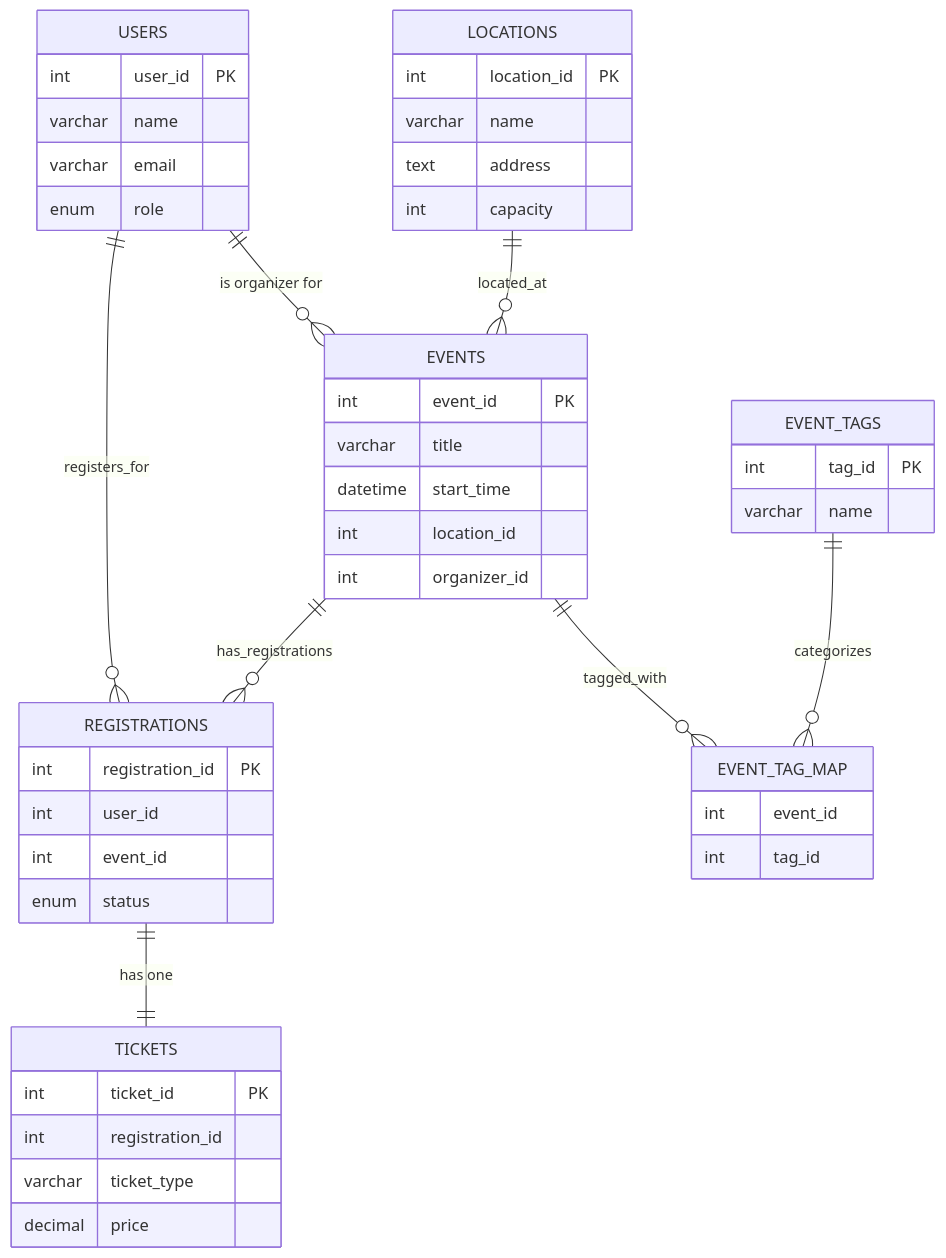
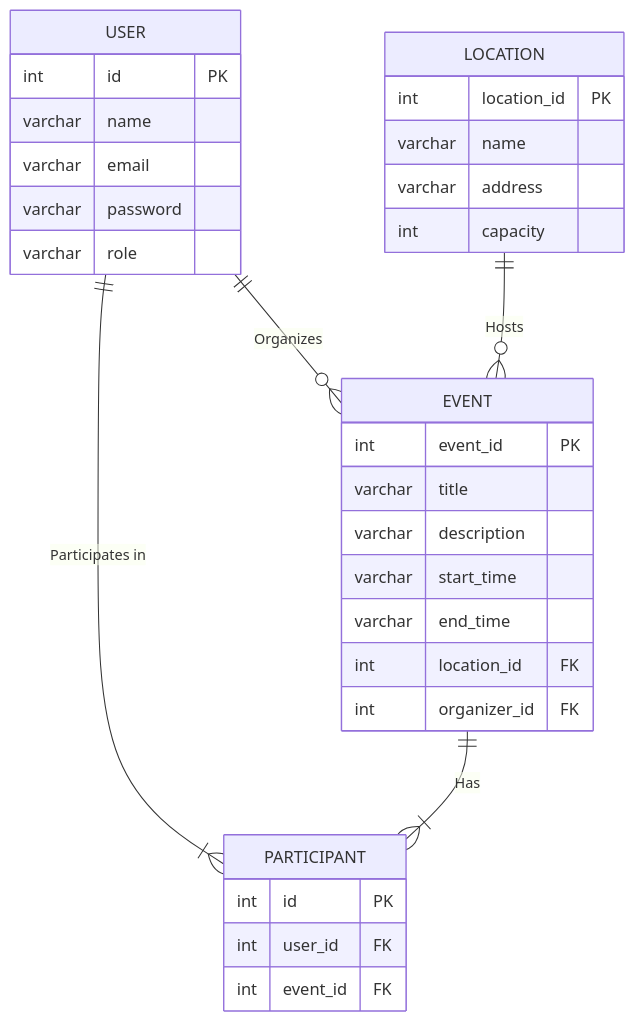
The diagram in README.md (Acinnamon9/Event-Management), drawn with Mermaid before and after one commit. The commit also changed other lines of this file, not shown here.

````diff
--- a/README.md
+++ b/README.md
@@ -35,56 +46,39 @@
 ```mermaid
 erDiagram
-    USERS {
-        int user_id PK
+    USER {
+        int id PK
         varchar name
         varchar email
-        enum role
+        varchar password
+        varchar role
     }
 
-    EVENTS {
+    EVENT {
         int event_id PK
         varchar title
-        datetime start_time
-        int location_id
-        int organizer_id
+        varchar description
+        varchar start_time
+        varchar end_time
+        int location_id FK
+        int organizer_id FK
     }
 
-    LOCATIONS {
+    LOCATION {
         int location_id PK
         varchar name
-        text address
+        varchar address
         int capacity
     }
 
-    REGISTRATIONS {
-        int registration_id PK
-        int user_id
-        int event_id
-        enum status
+    PARTICIPANT {
+        int id PK
+        int user_id FK
+        int event_id FK
     }
 
-    TICKETS {
-        int ticket_id PK
-        int registration_id
-        varchar ticket_type
-        decimal price
-    }
+    USER ||--o{ EVENT : "Organizes"
+    LOCATION ||--o{ EVENT : "Hosts"
+    USER ||--|{ PARTICIPANT : "Participates in"
+    EVENT ||--|{ PARTICIPANT : "Has"
 
-    EVENT_TAGS {
-        int tag_id PK
-        varchar name
-    }
-
-    EVENT_TAG_MAP {
-        int event_id
-        int tag_id
-    }
-
-    USERS ||--o{ EVENTS : "is organizer for"
-    LOCATIONS ||--o{ EVENTS : located_at
-    USERS ||--o{ REGISTRATIONS : registers_for
-    EVENTS ||--o{ REGISTRATIONS : has_registrations
-    REGISTRATIONS ||--|| TICKETS : "has one"
-    EVENTS ||--o{ EVENT_TAG_MAP : tagged_with
-    EVENT_TAGS ||--o{ EVENT_TAG_MAP : categorizes
 ```
````
